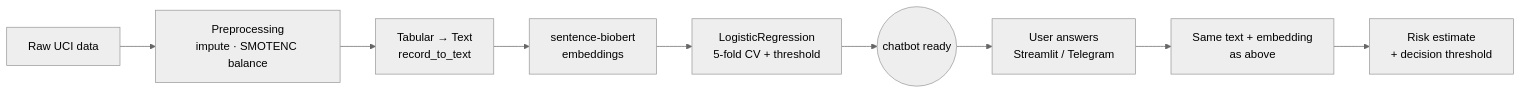
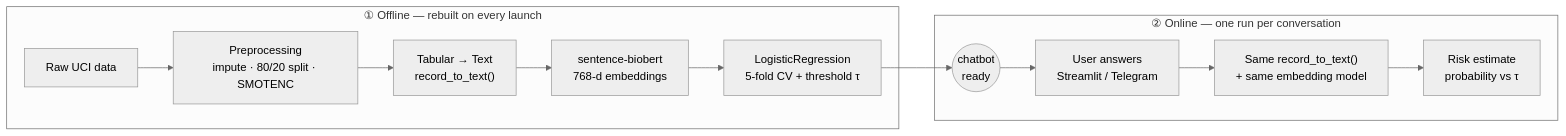
One commit to KevinPasquale88/Forecast changed the diagram in README.md. Above: the diagram before and after it, drawn with Mermaid (neutral theme). The commit also changed other lines of this file and 2 other files, not shown here.

````diff
--- a/README.md
+++ b/README.md
@@ -8,11 +12,15 @@
 ```mermaid
 flowchart LR
-    A[Raw UCI data] --> B[Preprocessing\nimpute · SMOTENC balance]
-    B --> C[Tabular → Text\nrecord_to_text]
-    C --> D[sentence-biobert\nembeddings]
-    D --> E[LogisticRegression\n5-fold CV + threshold]
-    E --> F((chatbot ready))
-    F --> G[User answers\nStreamlit / Telegram]
-    G --> H[Same text + embedding\nas above]
-    H --> I[Risk estimate\n+ decision threshold]
+    subgraph build["① Offline — rebuilt on every launch"]
+        A["Raw UCI data"] --> B["Preprocessing<br/>impute · 80/20 split · SMOTENC"]
+        B --> C["Tabular → Text<br/>record_to_text()"]
+        C --> D["sentence-biobert<br/>768-d embeddings"]
+        D --> E["LogisticRegression<br/>5-fold CV + threshold τ"]
+    end
+    E --> F(("chatbot<br/>ready"))
+    subgraph chat["② Online — one run per conversation"]
+        F --> G["User answers<br/>Streamlit / Telegram"]
+        G --> H["Same record_to_text()<br/>+ same embedding model"]
+        H --> I["Risk estimate<br/>probability vs τ"]
+    end
 ```
````
